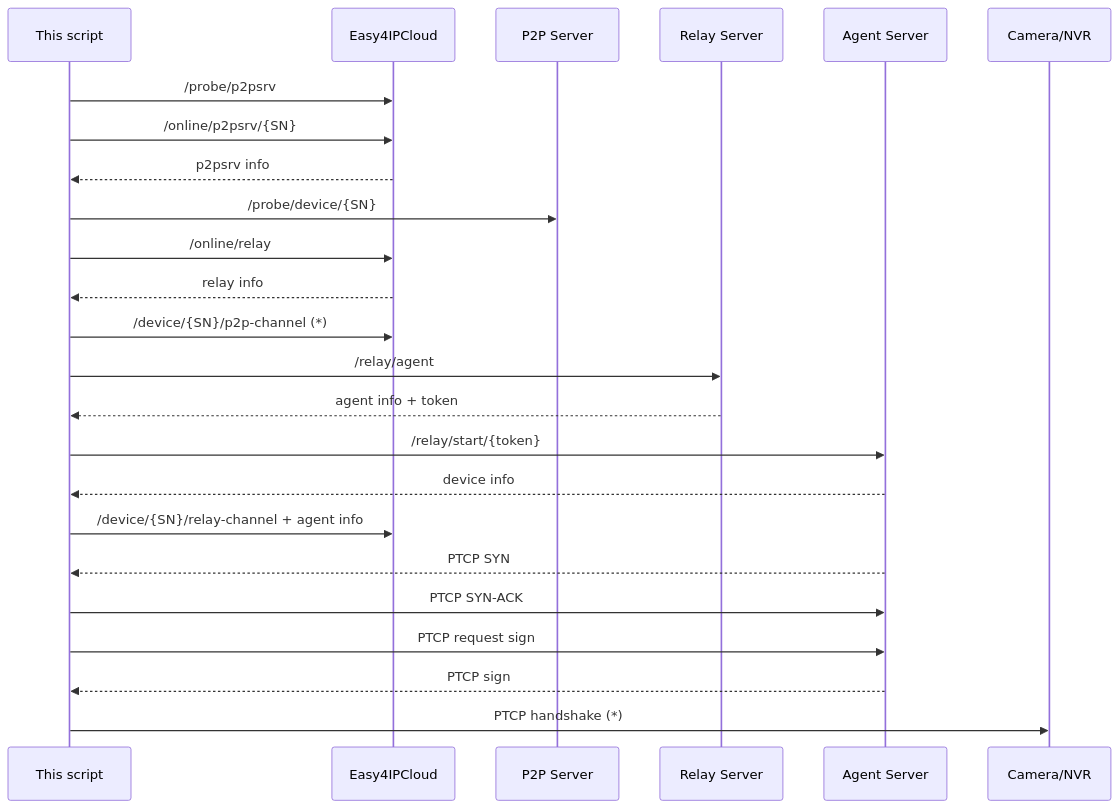
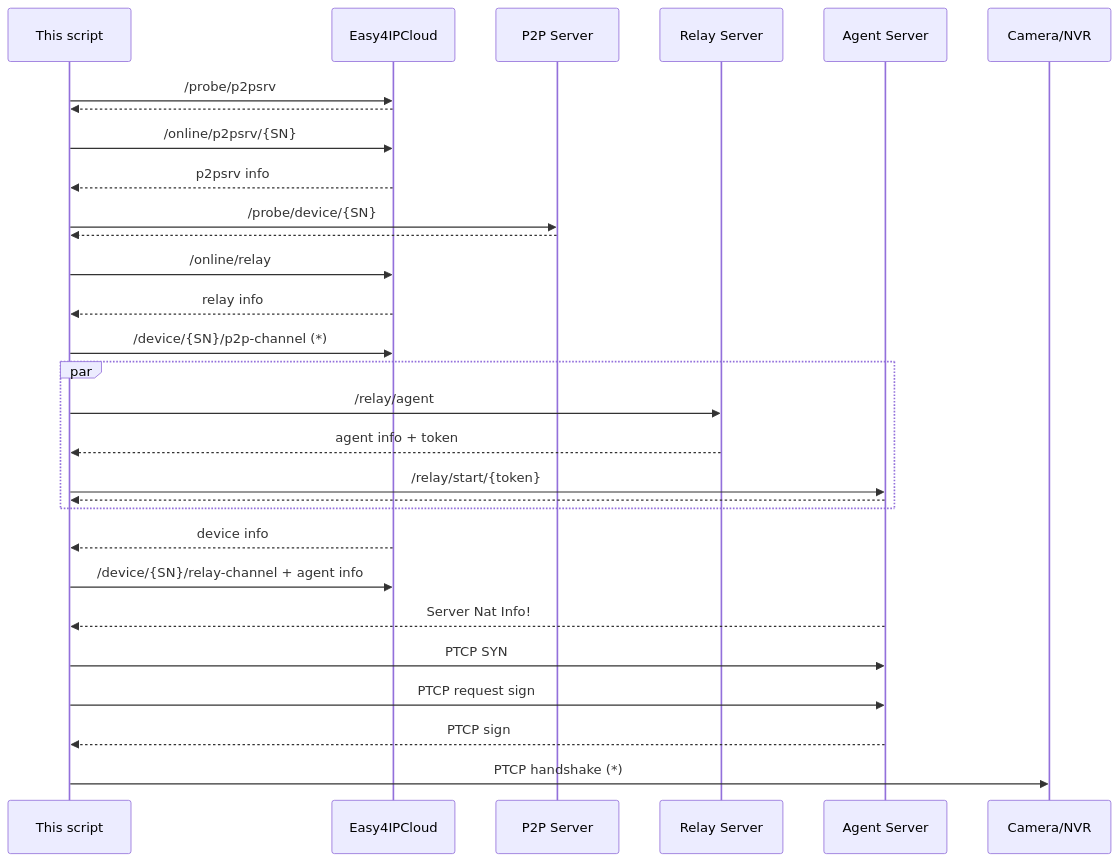
The third of 3 diagrams in README.md (khoanguyen-3fc/dh-p2p), drawn with Mermaid before and after one commit.

Commit message:
:bug: README: correct p2p handshake sequence

````diff
--- a/README.md
+++ b/README.md
@@ -96,35 +96,40 @@
 ```mermaid
 sequenceDiagram
   participant A as This script
   participant B as Easy4IPCloud
   participant C1 as P2P Server
   participant C2 as Relay Server
   participant C3 as Agent Server
   participant D as Camera/NVR
 
   A->>B: /probe/p2psrv
+  B-->>A: 
   A->>B: /online/p2psrv/{SN}
   B-->>A: p2psrv info
 
   A->>C1: /probe/device/{SN}
+  C1-->>A: 
 
   A->>B: /online/relay
   B-->>A: relay info
 
   A->>B: /device/{SN}/p2p-channel (*)
 
-  A->>C2: /relay/agent
-  C2-->>A: agent info + token
+  par
+    A->>C2: /relay/agent
+    C2-->>A: agent info + token
+    A->>C3: /relay/start/{token}
+    C3-->>A: 
+  end
 
-  A->>C3: /relay/start/{token}
-  C3-->>A: device info
+  B-->>A: device info
 
   A->>B: /device/{SN}/relay-channel + agent info
 
-  C3-->>A: PTCP SYN
-  A->>C3: PTCP SYN-ACK
+  C3-->>A: Server Nat Info!
+  A->>C3: PTCP SYN
   A->>C3: PTCP request sign
   C3-->>A: PTCP sign
 
   A->>D: PTCP handshake (*)
 ```
````
